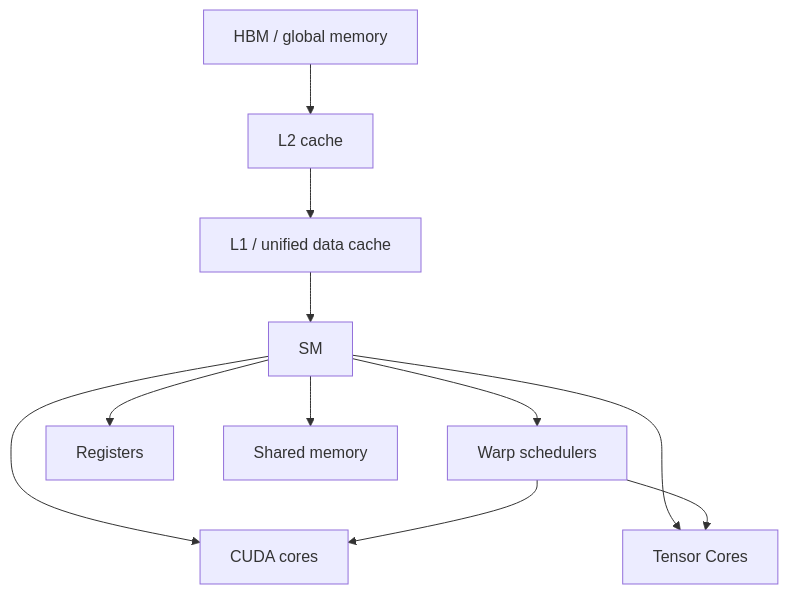
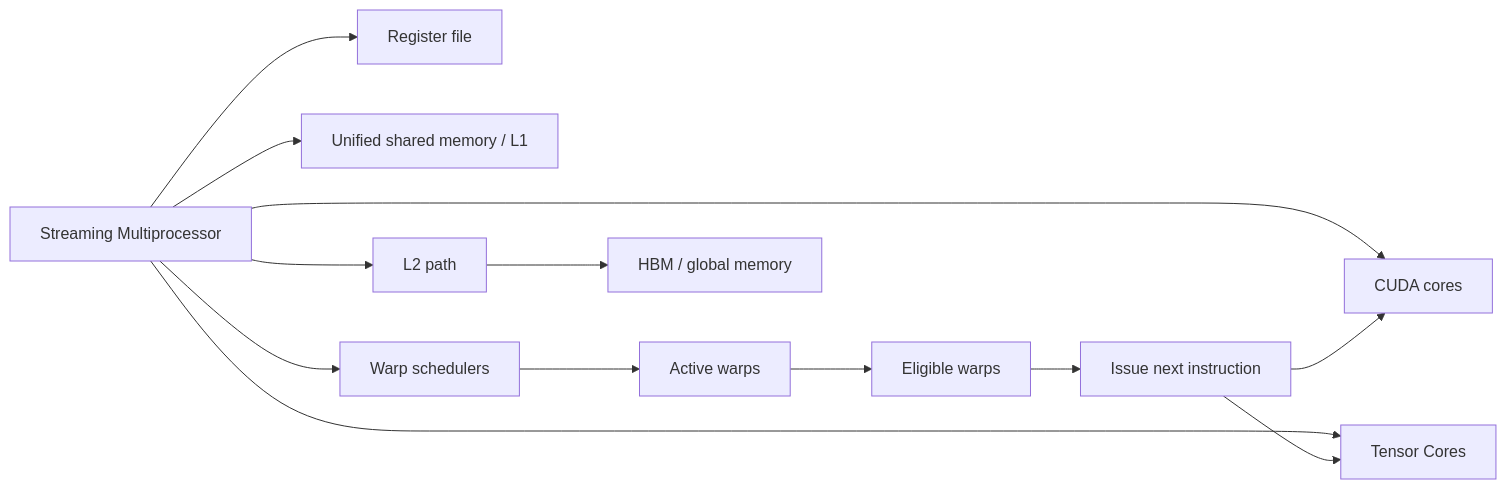
Before and after one commit to nawab-ali/mlsys-prep: the third of 7 diagrams in nvidia/02_gpu_execution_model.md, drawn with Mermaid. The commit also changed other lines of this file, not shown here.

````diff
--- a/nvidia/02_gpu_execution_model.md
+++ b/nvidia/02_gpu_execution_model.md
@@ -208,21 +234,17 @@
 ```mermaid
-flowchart TD
-  HBM[HBM / global memory]
-  L2[L2 cache]
-  L1[L1 / unified data cache]
-  SM[SM]
-  Sched[Warp schedulers]
-  Regs[Registers]
-  Shmem[Shared memory]
-  CUDA[CUDA cores]
-  TC[Tensor Cores]
+flowchart LR
+    SM[Streaming Multiprocessor] --> RF[Register file]
+    SM --> UDC[Unified shared memory / L1]
+    SM --> WS[Warp schedulers]
+    SM --> CC[CUDA cores]
+    SM --> TC[Tensor Cores]
+    SM --> L2[L2 path]
 
-  HBM --> L2 --> L1 --> SM
-  SM --> Sched
-  SM --> Regs
-  SM --> Shmem
-  SM --> CUDA
-  SM --> TC
-  Sched --> CUDA
-  Sched --> TC
+    WS --> AW[Active warps]
+    AW --> EW[Eligible warps]
+    EW --> Issue[Issue next instruction]
+
+    Issue --> CC
+    Issue --> TC
+    L2 --> HBM[HBM / global memory]
 ```
````
